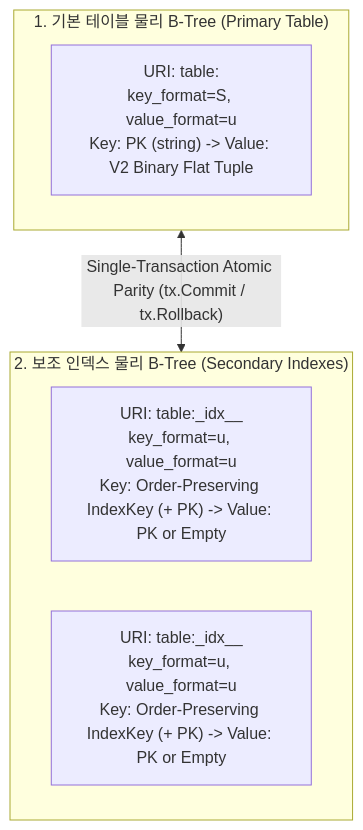
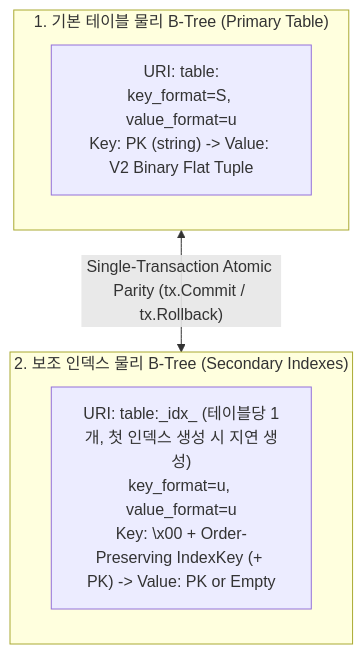
Before and after one commit to MaroShim/LionSQL: the first of 3 diagrams in doc/internal/PHYSICAL_TABLE_FORMAT.ko.md, drawn with Mermaid. The commit also changed other lines of this file and 8 other files, not shown here.

````diff
--- a/doc/internal/PHYSICAL_TABLE_FORMAT.ko.md
+++ b/doc/internal/PHYSICAL_TABLE_FORMAT.ko.md
@@ -29,13 +29,12 @@
 ```mermaid
 flowchart TD
     subgraph PrimaryTable ["1. 기본 테이블 물리 B-Tree (Primary Table)"]
         PT["URI: table:<PhysicalTableName><br/>key_format=S, value_format=u<br/>Key: PK (string) -> Value: V2 Binary Flat Tuple"]
     end
 
     subgraph SecondaryIndexes ["2. 보조 인덱스 물리 B-Tree (Secondary Indexes)"]
-        SI1["URI: table:_idx_<PhysicalTableName>_<IndexName1><br/>key_format=u, value_format=u<br/>Key: Order-Preserving IndexKey (+ PK) -> Value: PK or Empty"]
-        SI2["URI: table:_idx_<PhysicalTableName>_<IndexName2><br/>key_format=u, value_format=u<br/>Key: Order-Preserving IndexKey (+ PK) -> Value: PK or Empty"]
+        SI1["URI: table:_idx_<PhysicalTableName> (테이블당 1개, 첫 인덱스 생성 시 지연 생성)<br/>key_format=u, value_format=u<br/>Key: <lower(IndexName)>\x00 + Order-Preserving IndexKey (+ PK) -> Value: PK or Empty"]
     end
 
     PrimaryTable <-->|"Single-Transaction Atomic Parity (tx.Commit / tx.Rollback)"| SecondaryIndexes
 ```
````
